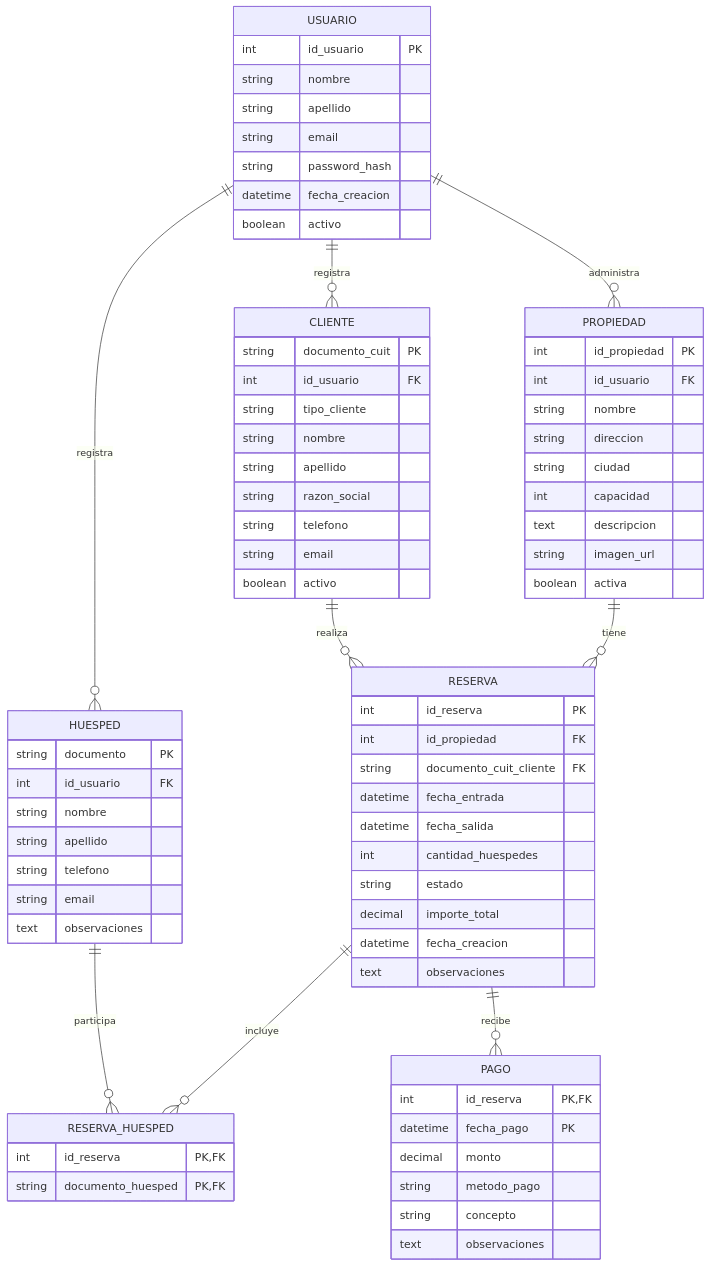
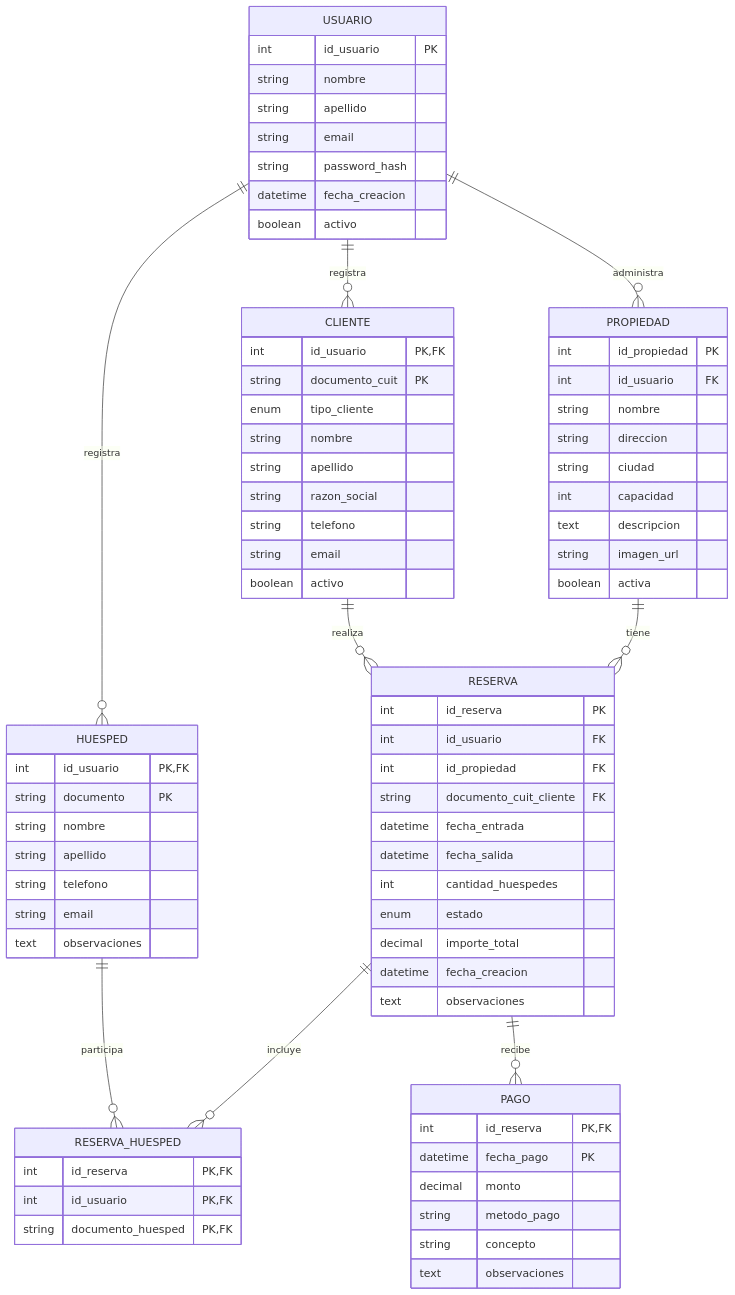
Before and after one commit to GonzaloTozzi/alquify: the diagram in docs/DER.md, drawn with Mermaid. The commit also changed other lines of this file, not shown here.

Commit message:
Se actualizo DER con nuevas PK

````diff
--- a/docs/DER.md
+++ b/docs/DER.md
@@ -28,9 +28,9 @@
     }
 
     CLIENTE {
+        int id_usuario PK, FK
         string documento_cuit PK
-        int id_usuario FK
-        string tipo_cliente
+        enum tipo_cliente
         string nombre
         string apellido
         string razon_social
@@ -40,8 +40,8 @@
     }
 
     HUESPED {
+        int id_usuario PK, FK
         string documento PK
-        int id_usuario FK
         string nombre
         string apellido
         string telefono
@@ -51,12 +51,13 @@
 
     RESERVA {
         int id_reserva PK
+        int id_usuario FK
         int id_propiedad FK
         string documento_cuit_cliente FK
         datetime fecha_entrada
         datetime fecha_salida
         int cantidad_huespedes
-        string estado
+        enum estado
         decimal importe_total
         datetime fecha_creacion
         text observaciones
@@ -64,6 +65,7 @@
 
     RESERVA_HUESPED {
         int id_reserva PK, FK
+        int id_usuario PK, FK
         string documento_huesped PK, FK
     }
 
@@ -79,9 +81,12 @@
     USUARIO ||--o{ PROPIEDAD : administra
     USUARIO ||--o{ CLIENTE : registra
     USUARIO ||--o{ HUESPED : registra
+
     PROPIEDAD ||--o{ RESERVA : tiene
     CLIENTE ||--o{ RESERVA : realiza
+
     RESERVA ||--o{ RESERVA_HUESPED : incluye
     HUESPED ||--o{ RESERVA_HUESPED : participa
+
     RESERVA ||--o{ PAGO : recibe
 ```
````
